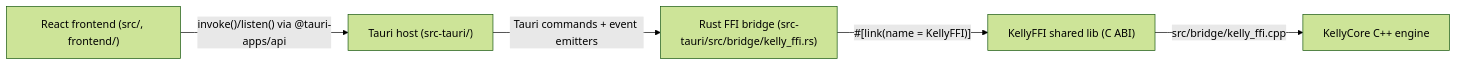
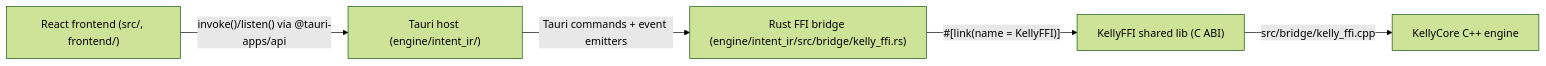
One commit to sburdges-eng/KmiDi changed the diagram in docs/FULL_STACK_BUILD.md. Above: the diagram before and after it, drawn with Mermaid (forest theme). The commit also changed other lines of this file and 140 other files, not shown here.

````diff
--- a/docs/FULL_STACK_BUILD.md
+++ b/docs/FULL_STACK_BUILD.md
@@ -7,12 +7,12 @@
 ```mermaid
 flowchart LR
   ReactFrontend["React frontend (src/, frontend/)"]
-  TauriHost["Tauri host (src-tauri/)"]
-  RustBridge["Rust FFI bridge (src-tauri/src/bridge/kelly_ffi.rs)"]
+  TauriHost["Tauri host (engine/intent_ir/)"]
+  RustBridge["Rust FFI bridge (engine/intent_ir/src/bridge/kelly_ffi.rs)"]
   KellyFFI["KellyFFI shared lib (C ABI)"]
   KellyCore["KellyCore C++ engine"]
   ReactFrontend -->|"invoke()/listen() via @tauri-apps/api"| TauriHost
   TauriHost -->|"Tauri commands + event emitters"| RustBridge
   RustBridge -->|"#[link(name = KellyFFI)]"| KellyFFI
   KellyFFI -->|"src/bridge/kelly_ffi.cpp"| KellyCore
 ```
````
